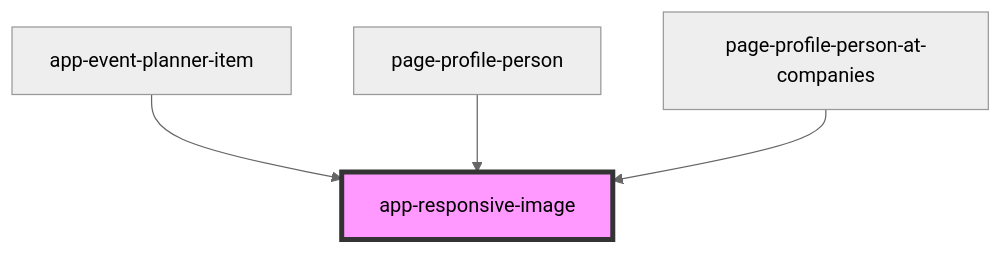
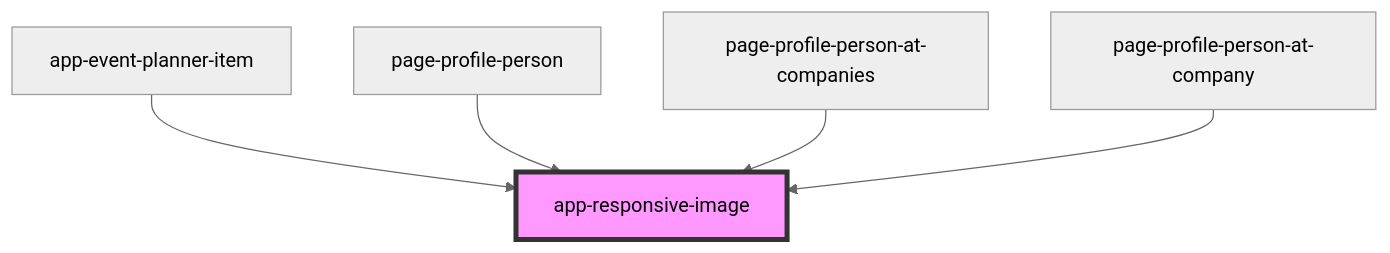
The diagram in iconeventnetwork-web/src/components/app-responsive-image/readme.md (lokheed/IconEventNetwork.Web), drawn with Mermaid (neutral theme) before and after one commit. The commit also changed other lines of this file and 8 other files, not shown here.

````diff
--- a/iconeventnetwork-web/src/components/app-responsive-image/readme.md
+++ b/iconeventnetwork-web/src/components/app-responsive-image/readme.md
@@ -27,7 +28,8 @@
 ```mermaid
 graph TD;
   app-event-planner-item --> app-responsive-image
   page-profile-person --> app-responsive-image
   page-profile-person-at-companies --> app-responsive-image
+  page-profile-person-at-company --> app-responsive-image
   style app-responsive-image fill:#f9f,stroke:#333,stroke-width:4px
 ```
````
